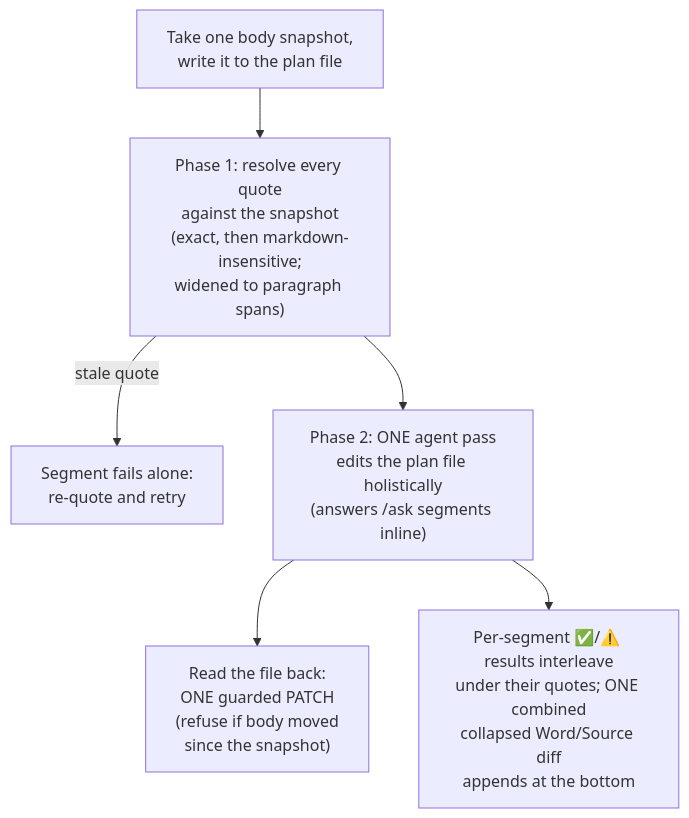
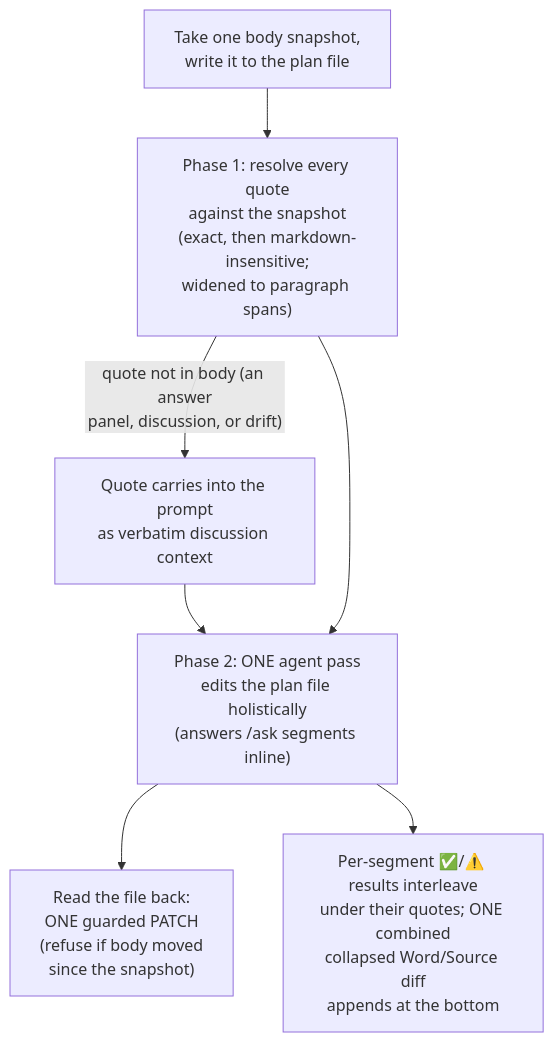
One commit to d3mlabs/ai-flow changed the fourth of 5 diagrams in docs/architecture.md. Above: the diagram before and after it, drawn with Mermaid. The commit also changed 3 other files, not shown here.

First line of the commit message:
Quotes not found in the body become discussion context, not failures

````diff
--- a/docs/architecture.md
+++ b/docs/architecture.md
@@ -151,8 +151,9 @@
 ```mermaid
 flowchart TD
     snapshot["Take one body snapshot,<br/>write it to the plan file"] --> resolve["Phase 1: resolve every quote<br/>against the snapshot<br/>(exact, then markdown-insensitive;<br/>widened to paragraph spans)"]
-    resolve -->|stale quote| staleResult["Segment fails alone:<br/>re-quote and retry"]
+    resolve -->|"quote not in body (an answer<br/>panel, discussion, or drift)"| contextQuote["Quote carries into the prompt<br/>as verbatim discussion context"]
+    contextQuote --> agentPass
     resolve --> agentPass["Phase 2: ONE agent pass<br/>edits the plan file holistically<br/>(answers /ask segments inline)"]
     agentPass --> patch["Read the file back:<br/>ONE guarded PATCH<br/>(refuse if body moved<br/>since the snapshot)"]
     agentPass --> results["Per-segment ✅/⚠️ results interleave<br/>under their quotes; ONE combined<br/>collapsed Word/Source diff<br/>appends at the bottom"]
 ```
````
